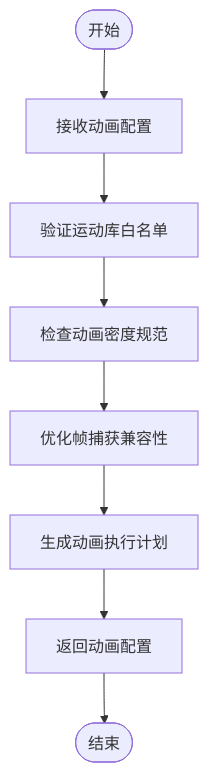
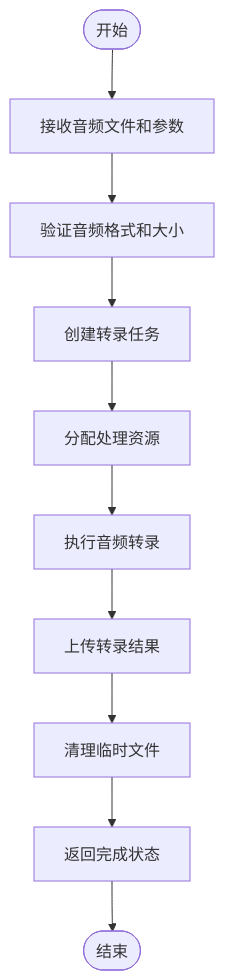
One commit to scottcwy/PurpleInk changed the third of 8 diagrams in .qoder/repowiki/zh/content/API参考/导演系统API/导演系统API.md. Above: the diagram before and after it, drawn with Mermaid. The commit also changed other lines of this file and 29 other files, not shown here.

````diff
--- a/.qoder/repowiki/zh/content/API参考/导演系统API/导演系统API.md
+++ b/.qoder/repowiki/zh/content/API参考/导演系统API/导演系统API.md
@@ -269,10 +261,12 @@
 ```mermaid
 flowchart TD
-Start(["开始"]) --> ReceiveConfig["接收动画配置"]
-ReceiveConfig --> ValidateWhitelist["验证运动库白名单"]
-ValidateWhitelist --> CheckDensity["检查动画密度规范"]
-CheckDensity --> OptimizeCapture["优化帧捕获兼容性"]
-OptimizeCapture --> GeneratePlan["生成动画执行计划"]
-GeneratePlan --> ReturnConfig["返回动画配置"]
-ReturnConfig --> End(["结束"])
+Start(["开始"]) --> ReceiveAudio["接收音频文件和参数"]
+ReceiveAudio --> ValidateFormat["验证音频格式和大小"]
+ValidateFormat --> CreateTask["创建转录任务"]
+CreateTask --> AssignResources["分配处理资源"]
+AssignResources --> ExecuteTranscribe["执行音频转录"]
+ExecuteTranscribe --> UploadResult["上传转录结果"]
+UploadResult --> CleanupTemp["清理临时文件"]
+CleanupTemp --> ReturnStatus["返回完成状态"]
+ReturnStatus --> End(["结束"])
 ```
````
